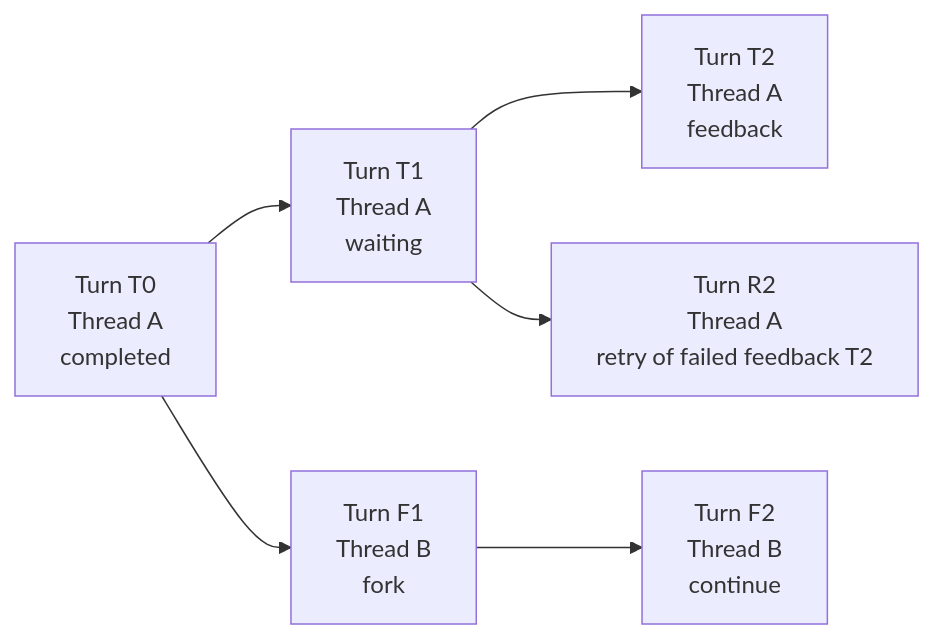
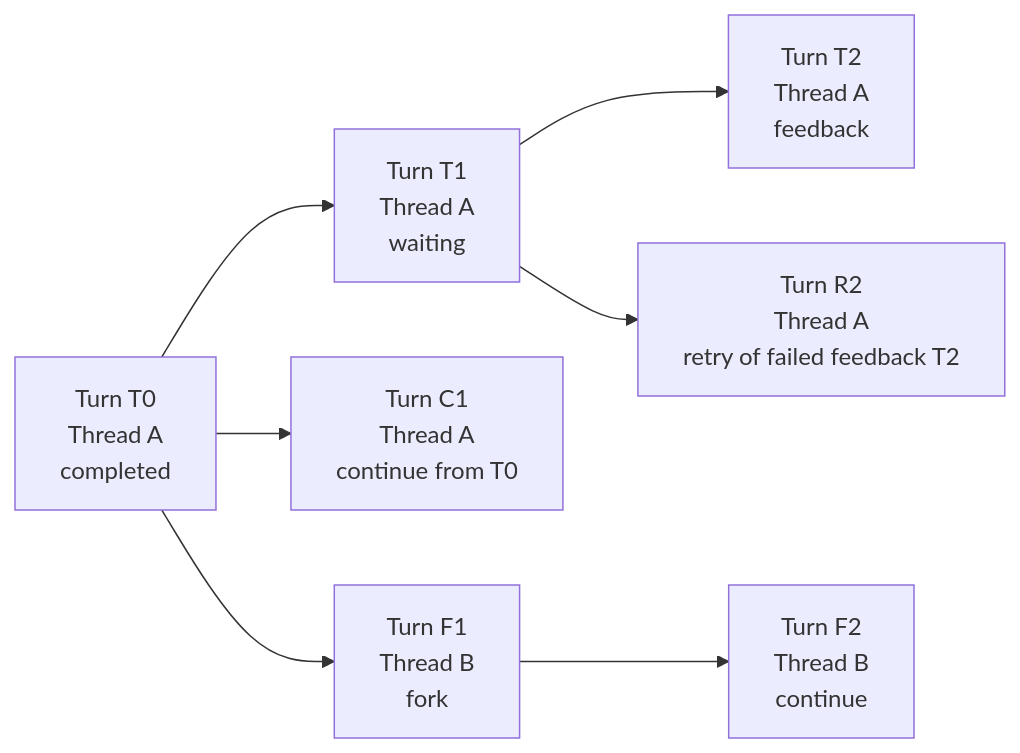
The third of 4 diagrams in spec/foundation-service/14-turn-persistence.md (converge-ai-labs/agent-foundation), drawn with Mermaid before and after one commit. The commit also changed other lines of this file and 10 other files, not shown here.

````diff
--- a/spec/foundation-service/14-turn-persistence.md
+++ b/spec/foundation-service/14-turn-persistence.md
@@ -436,8 +436,9 @@
 ```mermaid
 flowchart LR
     T0["Turn T0<br/>Thread A<br/>completed"] --> T1["Turn T1<br/>Thread A<br/>waiting"]
+    T0 --> C1["Turn C1<br/>Thread A<br/>continue from T0"]
     T1 --> T2["Turn T2<br/>Thread A<br/>feedback"]
     T1 --> R2["Turn R2<br/>Thread A<br/>retry of failed feedback T2"]
     T0 --> F1["Turn F1<br/>Thread B<br/>fork"]
     F1 --> F2["Turn F2<br/>Thread B<br/>continue"]
 ```
````
